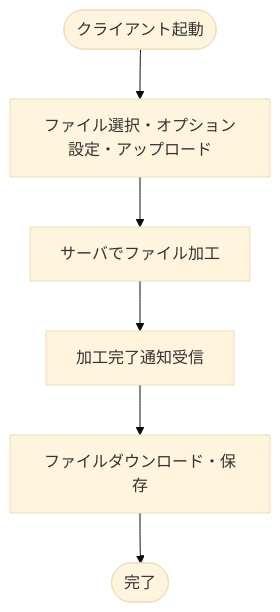
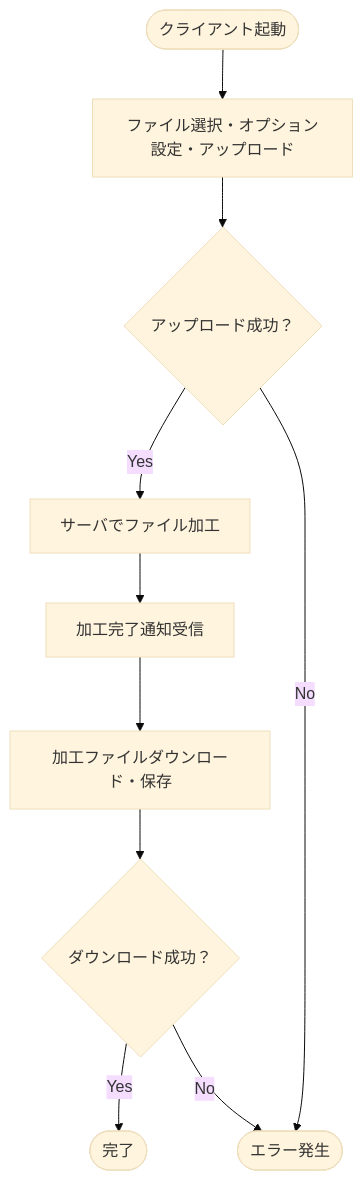
The diagram in README.md (BackendExplorer/Video-Processor), drawn with Mermaid (base theme) before and after one commit. The commit also changed other lines of this file, not shown here.

````diff
--- a/README.md
+++ b/README.md
@@ -152,11 +153,18 @@
 ```mermaid
 flowchart TD
     Start(["クライアント起動"])
-    ファイル選択アップロード["ファイル選択・オプション設定・アップロード"]
-    サーバ加工["サーバでファイル加工"]
-    加工完了["加工完了通知受信"]
-    ダウンロード保存["ファイルダウンロード・保存"]
+    アップロード["ファイル選択・オプション設定・アップロード"]
+    アップロード成功{アップロード成功？}
+    加工処理["サーバでファイル加工"]
+    加工通知["加工完了通知受信"]
+    ダウンロード["加工ファイルダウンロード・保存"]
+    ダウンロード成功{ダウンロード成功？}
     完了(["完了"])
+    エラー(["エラー発生"])
 
-    Start --> ファイル選択アップロード --> サーバ加工 --> 加工完了 --> ダウンロード保存 --> 完了
+    Start --> アップロード --> アップロード成功
+    アップロード成功 -- Yes --> 加工処理 --> 加工通知 --> ダウンロード --> ダウンロード成功
+    アップロード成功 -- No --> エラー
+    ダウンロード成功 -- Yes --> 完了
+    ダウンロード成功 -- No --> エラー
 ```
````
